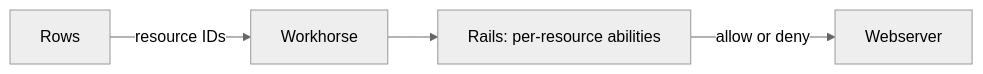
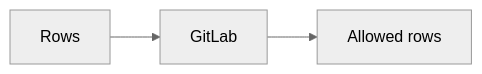
Before and after one commit to gitlabhq/orbit-knowledge-graph: the fifth of 6 diagrams in docs/pages/engineering/architecture/querying/request-path.md, drawn with Mermaid (neutral theme). The commit also changed other lines of this file and 3 other files, not shown here.

Commit message:
docs(architecture): apply the architecture page style to the querying section and add header images

````diff
--- a/docs/pages/engineering/architecture/querying/request-path.md
+++ b/docs/pages/engineering/architecture/querying/request-path.md
@@ -92,6 +75,4 @@
 ```mermaid
 flowchart LR
-    Rows -- resource IDs --> Workhorse
-    Workhorse --> Rails[Rails: per-resource abilities]
-    Rails -- allow or deny --> Webserver
+    Rows --> GitLab --> Allowed[Allowed rows]
 ```
````
